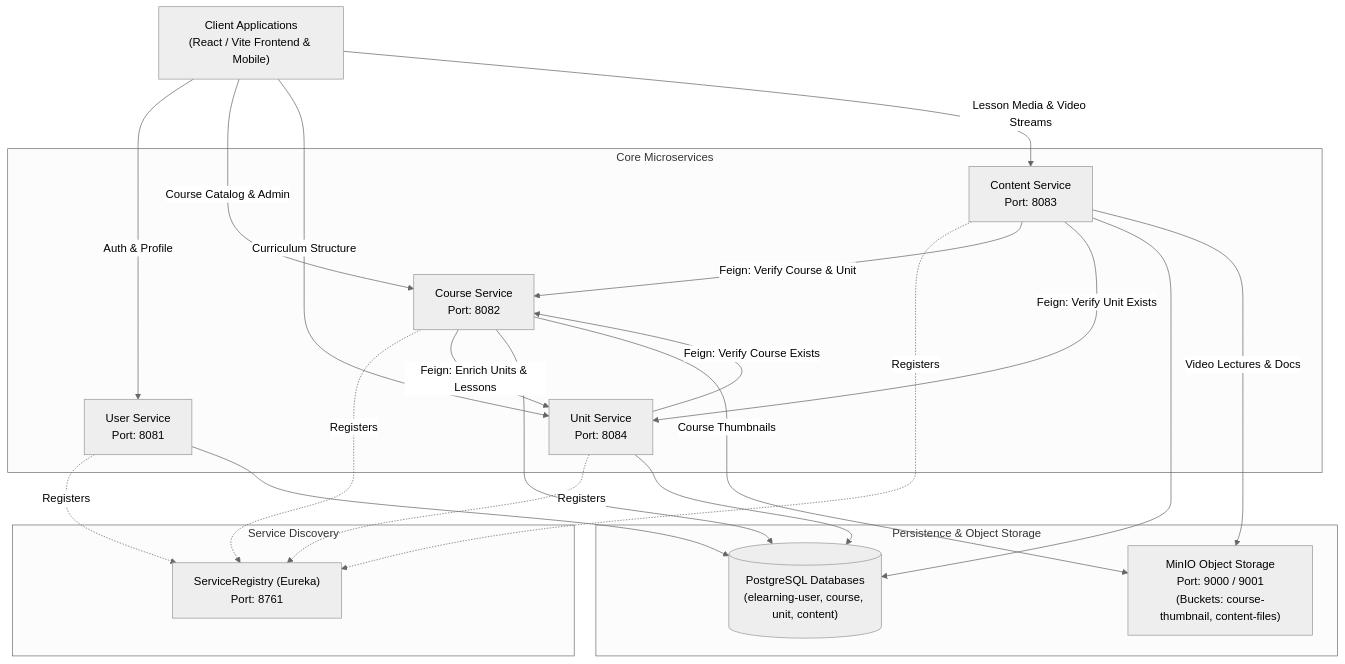
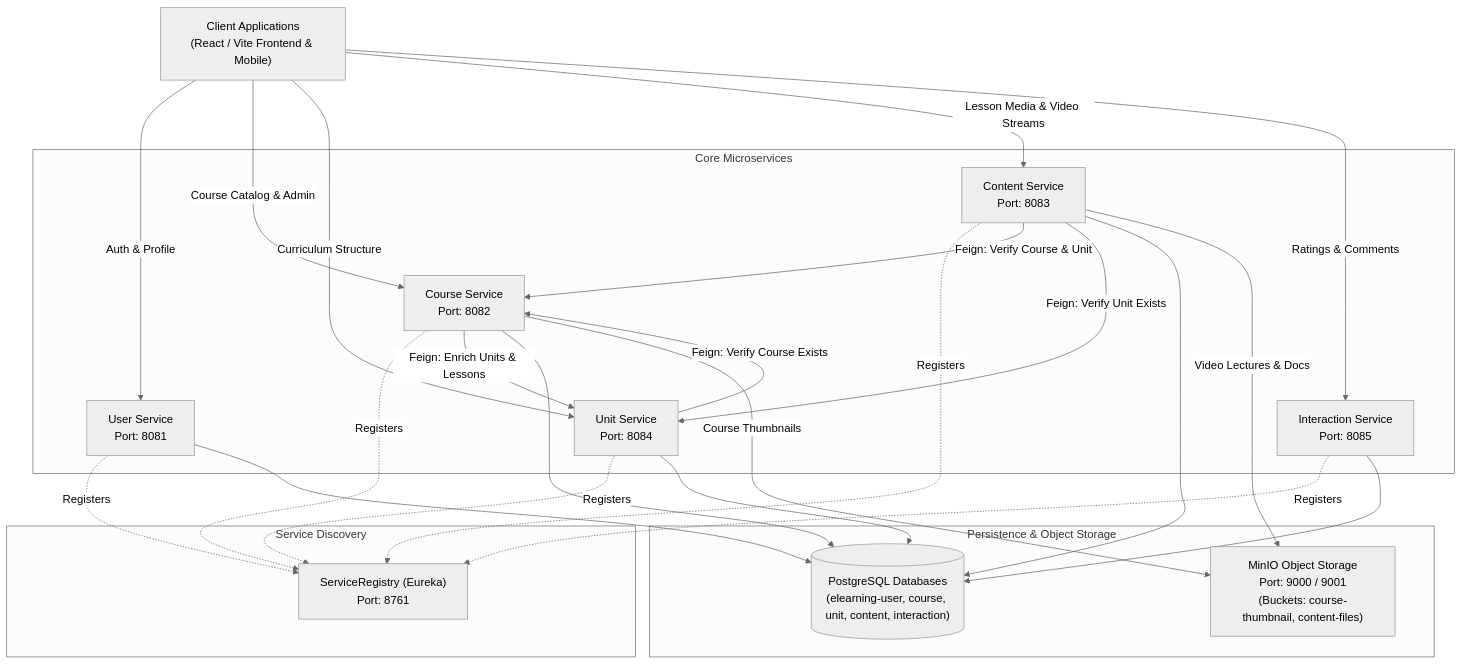
One commit to DebarghyaAich/E_LEARNING-APP changed the diagram in README.md. Above: the diagram before and after it, drawn with Mermaid (neutral theme). The commit also changed other lines of this file and 66 other files, not shown here.

First line of the commit message:
feat: integrate Spring Cloud Config Server, InteractionService, and frontend whiteboard & comments

````diff
--- a/README.md
+++ b/README.md
@@ -16,43 +16,47 @@
 ```mermaid
 graph TD
     Client["Client Applications<br/>(React / Vite Frontend & Mobile)"]
 
     subgraph Service Discovery
         SR["ServiceRegistry (Eureka)<br/>Port: 8761"]
     end
 
     subgraph Core Microservices
         US["User Service<br/>Port: 8081"]
         CS["Course Service<br/>Port: 8082"]
         UN["Unit Service<br/>Port: 8084"]
         CT["Content Service<br/>Port: 8083"]
+        IS["Interaction Service<br/>Port: 8085"]
     end
 
     subgraph Persistence & Object Storage
-        PG[("PostgreSQL Databases<br/>(elearning-user, course, unit, content)")]
+        PG[("PostgreSQL Databases<br/>(elearning-user, course, unit, content, interaction)")]
         MO["MinIO Object Storage<br/>Port: 9000 / 9001<br/>(Buckets: course-thumbnail, content-files)"]
     end
 
     Client -->|Auth & Profile| US
     Client -->|Course Catalog & Admin| CS
     Client -->|Curriculum Structure| UN
     Client -->|Lesson Media & Video Streams| CT
+    Client -->|Ratings & Comments| IS
 
     US -.->|Registers| SR
     CS -.->|Registers| SR
     UN -.->|Registers| SR
     CT -.->|Registers| SR
+    IS -.->|Registers| SR
 
     UN -->|Feign: Verify Course Exists| CS
     CT -->|Feign: Verify Course & Unit| CS
     CT -->|Feign: Verify Unit Exists| UN
     CS -->|Feign: Enrich Units & Lessons| UN
 
     US --> PG
     CS --> PG
     UN --> PG
     CT --> PG
+    IS --> PG
 
     CS -->|Course Thumbnails| MO
     CT -->|Video Lectures & Docs| MO
 ```
````
